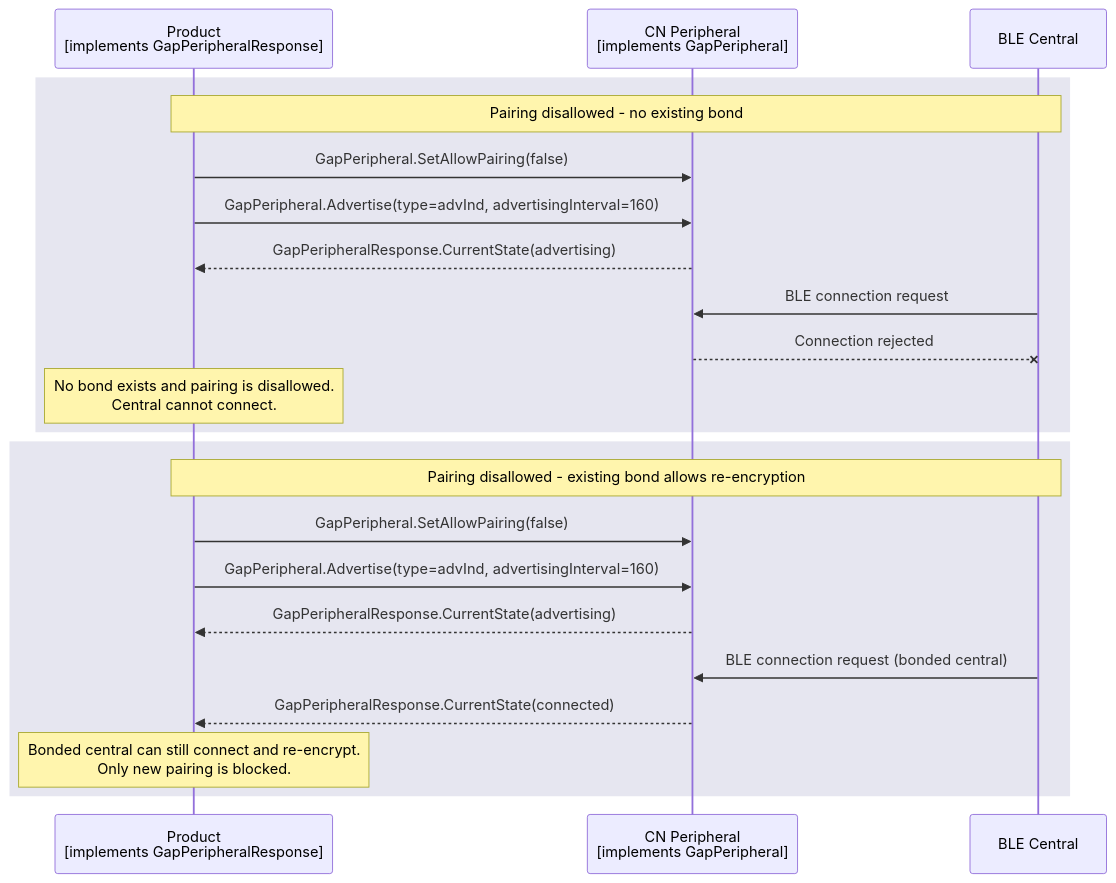
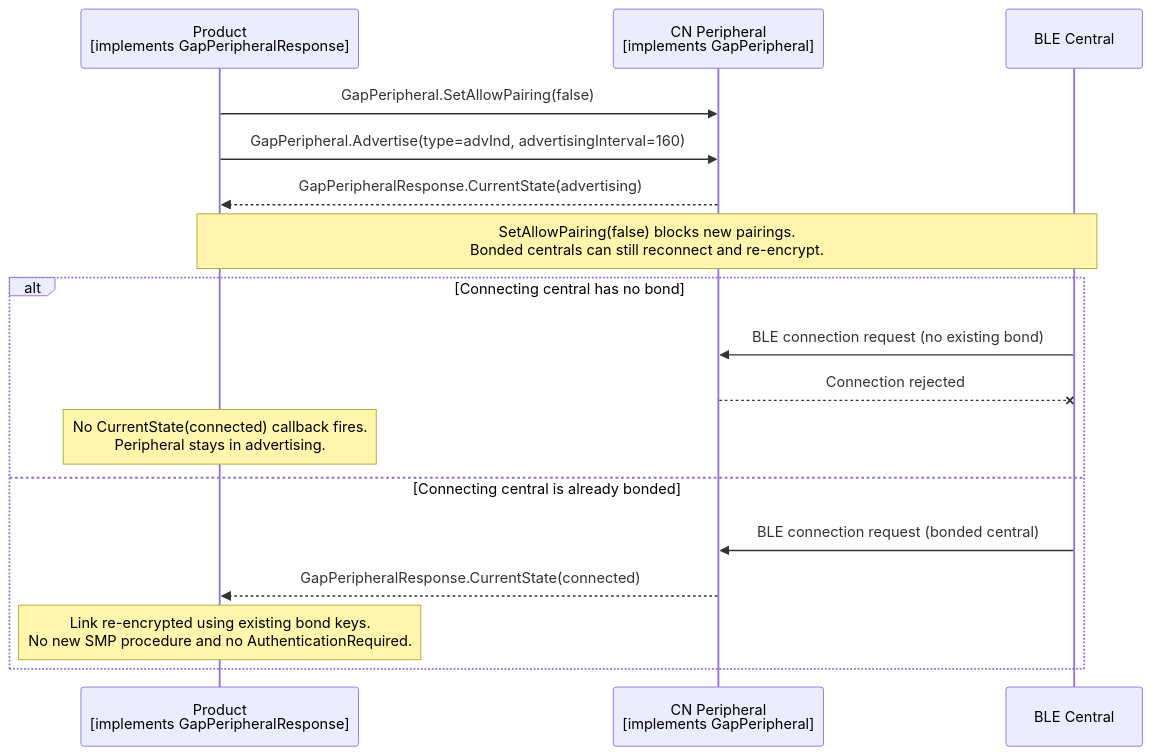
The diagram in documents/modules/ROOT/partials/echoservices/gap_peripheral/GapPeripheral_AllowPairingRejection_sequence.mmd (philips-software/amp-embedded-infra-lib), drawn with Mermaid before and after one commit. The commit also changed 5 other files, not shown here.

```diff
--- a/documents/modules/ROOT/partials/echoservices/gap_peripheral/GapPeripheral_AllowPairingRejection_sequence.mmd
+++ b/documents/modules/ROOT/partials/echoservices/gap_peripheral/GapPeripheral_AllowPairingRejection_sequence.mmd
@@ -1,28 +1,20 @@
 sequenceDiagram
     participant Product as Product<br>[implements GapPeripheralResponse]
     participant CN as CN Peripheral<br>[implements GapPeripheral]
     participant Central as BLE Central
 
-    rect rgb(230, 230, 240)
-        note over Product, Central: Pairing disallowed - no existing bond
-        Product->>CN: GapPeripheral.SetAllowPairing(false)
-        Product->>CN: GapPeripheral.Advertise(type=advInd, advertisingInterval=160)
-        CN-->>Product: GapPeripheralResponse.CurrentState(advertising)
+    Product->>CN: GapPeripheral.SetAllowPairing(false)
+    Product->>CN: GapPeripheral.Advertise(type=advInd, advertisingInterval=160)
+    CN-->>Product: GapPeripheralResponse.CurrentState(advertising)
 
-        Central->>CN: BLE connection request
+    Note over Product, Central: SetAllowPairing(false) blocks new pairings.<br>Bonded centrals can still reconnect and re-encrypt.
+
+    alt Connecting central has no bond
+        Central->>CN: BLE connection request (no existing bond)
         CN--xCentral: Connection rejected
-
-        Note over Product: No bond exists and pairing is disallowed.<br>Central cannot connect.
-    end
-
-    rect rgb(230, 230, 240)
-        note over Product, Central: Pairing disallowed - existing bond allows re-encryption
-        Product->>CN: GapPeripheral.SetAllowPairing(false)
-        Product->>CN: GapPeripheral.Advertise(type=advInd, advertisingInterval=160)
-        CN-->>Product: GapPeripheralResponse.CurrentState(advertising)
-
+        Note over Product: No CurrentState(connected) callback fires.<br>Peripheral stays in advertising.
+    else Connecting central is already bonded
         Central->>CN: BLE connection request (bonded central)
         CN-->>Product: GapPeripheralResponse.CurrentState(connected)
-
-        Note over Product: Bonded central can still connect and re-encrypt.<br>Only new pairing is blocked.
+        Note over Product: Link re-encrypted using existing bond keys.<br>No new SMP procedure and no AuthenticationRequired.
     end
```
